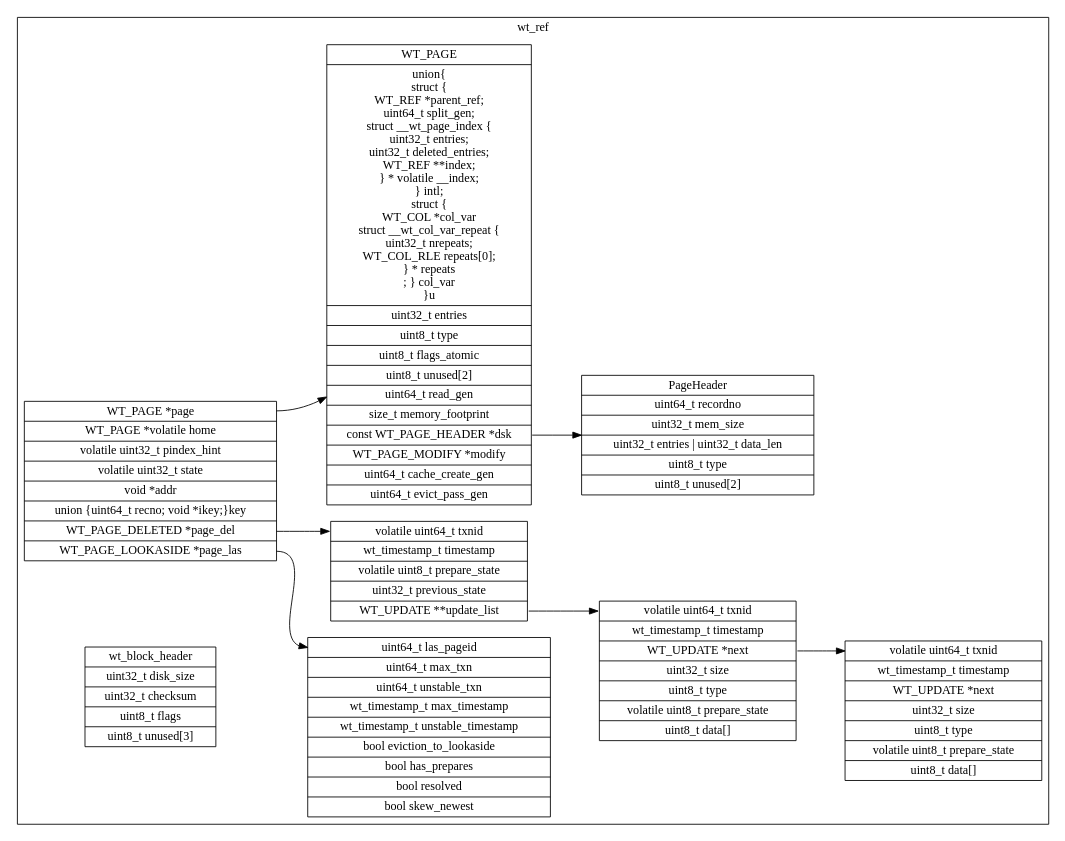
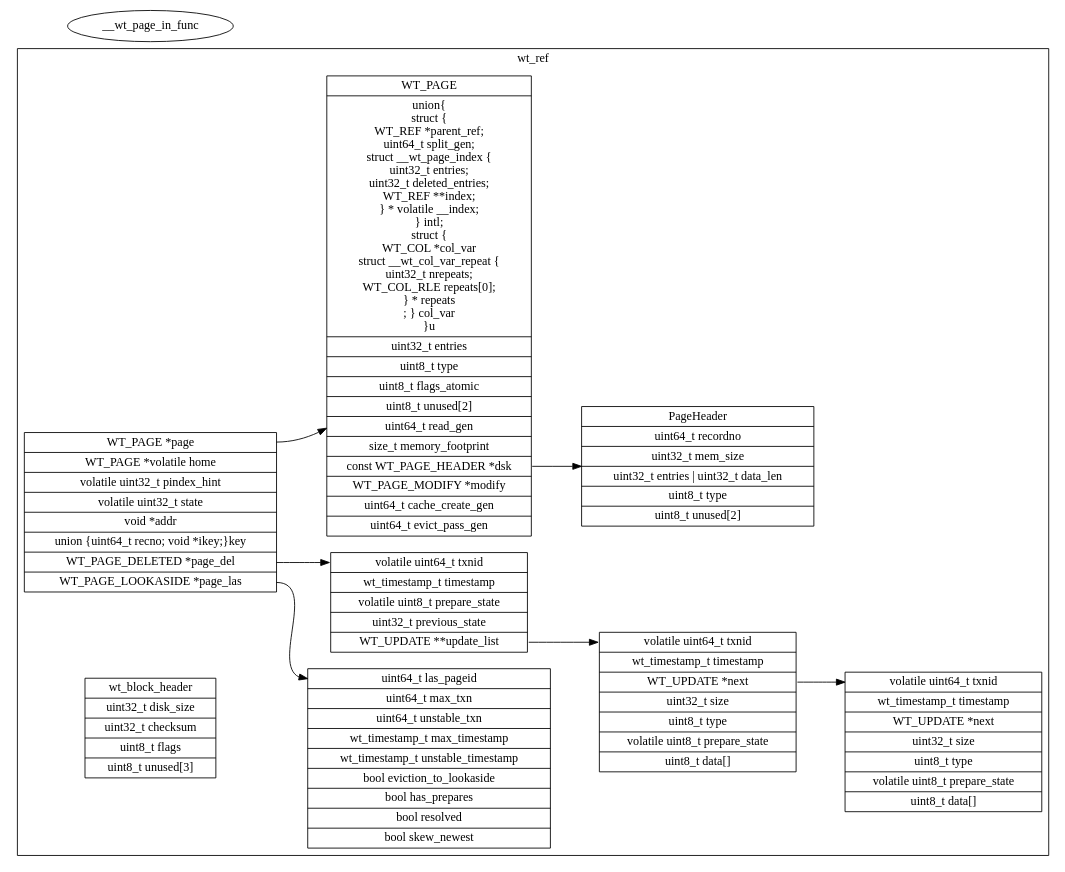
The diagram in page.dot (ghostwyd/wiredtiger_data_structure), drawn with Graphviz before and after one commit. The commit also changed 6 other files, not shown here.

```diff
--- a/page.dot
+++ b/page.dot
@@ -1,54 +1,56 @@
 digraph Page {
     rankdir=LR;
     subgraph cluster_wt_ref {
         node[shape=record]
         label="wt_ref"
         wt_page[label="WT_PAGE|union\{\n
          struct \{\n
             WT_REF *parent_ref;\n 
             uint64_t split_gen;\n
             struct __wt_page_index \{\n
                 uint32_t entries;\n
                 uint32_t deleted_entries;\n
                 WT_REF **index;\n
             \} * volatile __index;\n 
         \} intl;\n 
          struct \{\n
             WT_COL *col_var\n
             struct __wt_col_var_repeat \{\n
                 uint32_t nrepeats;     \n
                 WT_COL_RLE repeats[0]; \n 
             \} * repeats\n;
         \} col_var\n
         \}u|
         uint32_t entries|
         uint8_t type|
         uint8_t flags_atomic|
         uint8_t unused[2]|
         uint64_t read_gen|
         size_t memory_footprint|
         <page_header> const WT_PAGE_HEADER *dsk| 
         WT_PAGE_MODIFY *modify|
         uint64_t cache_create_gen|
         uint64_t evict_pass_gen"
         ]
         wt_ref[label="<page> WT_PAGE *page| WT_PAGE *volatile home|volatile uint32_t pindex_hint|volatile uint32_t state|void *addr|union \{uint64_t recno; void *ikey;\}key|<delete> WT_PAGE_DELETED *page_del|<las> WT_PAGE_LOOKASIDE *page_las"];
         wt_update[label="<header> volatile uint64_t txnid|wt_timestamp_t timestamp|<next> WT_UPDATE *next|uint32_t size|uint8_t type|volatile uint8_t prepare_state|uint8_t data[]"];
         wt_update2[label="<header> volatile uint64_t txnid|wt_timestamp_t timestamp|<next> WT_UPDATE *next|uint32_t size|uint8_t type|volatile uint8_t prepare_state|uint8_t data[]"];
         wt_page_deleted[label="<header> volatile uint64_t txnid|wt_timestamp_t timestamp|volatile uint8_t prepare_state|uint32_t previous_state|<update_list> WT_UPDATE **update_list"];
         wt_page_lookaside[label="<header> uint64_t las_pageid|uint64_t max_txn|uint64_t unstable_txn|wt_timestamp_t max_timestamp|wt_timestamp_t unstable_timestamp|bool eviction_to_lookaside|bool has_prepares|bool resolved|bool skew_newest"]
         page_header[label="PageHeader|uint64_t recordno|uint32_t mem_size|uint32_t entries \| uint32_t data_len|uint8_t type|uint8_t unused[2]"];
         block_header[label="
             wt_block_header|uint32_t disk_size|
             uint32_t checksum|
             uint8_t flags|
             uint8_t unused[3]
         "]
         wt_update:next ->wt_update2:header;
         wt_page_deleted:update_list -> wt_update:header;
         wt_ref:delete -> wt_page_deleted:header;
         wt_ref:las -> wt_page_lookaside:header
         wt_ref:page -> wt_page
         wt_page:page_header -> page_header
     }
+
+    __wt_page_in_func[label="__wt_page_in_func"]
 }
```
